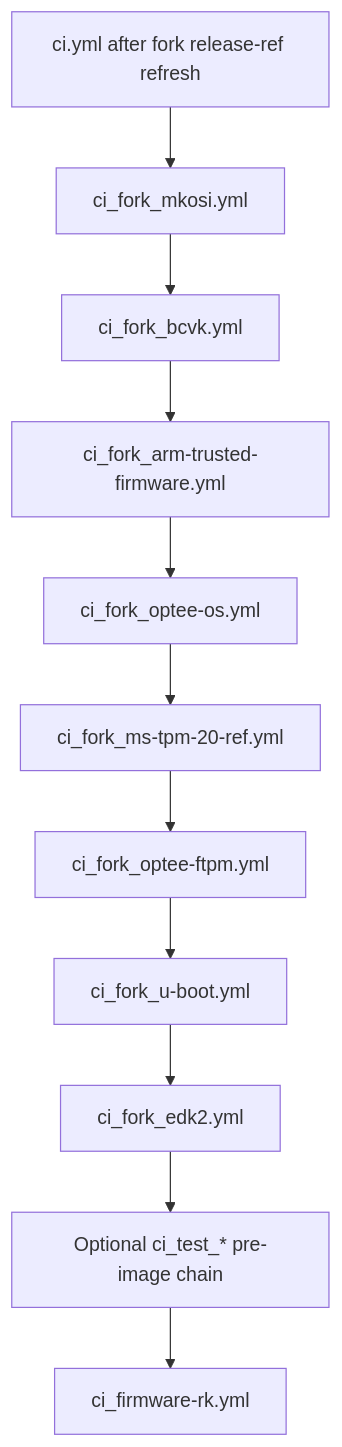
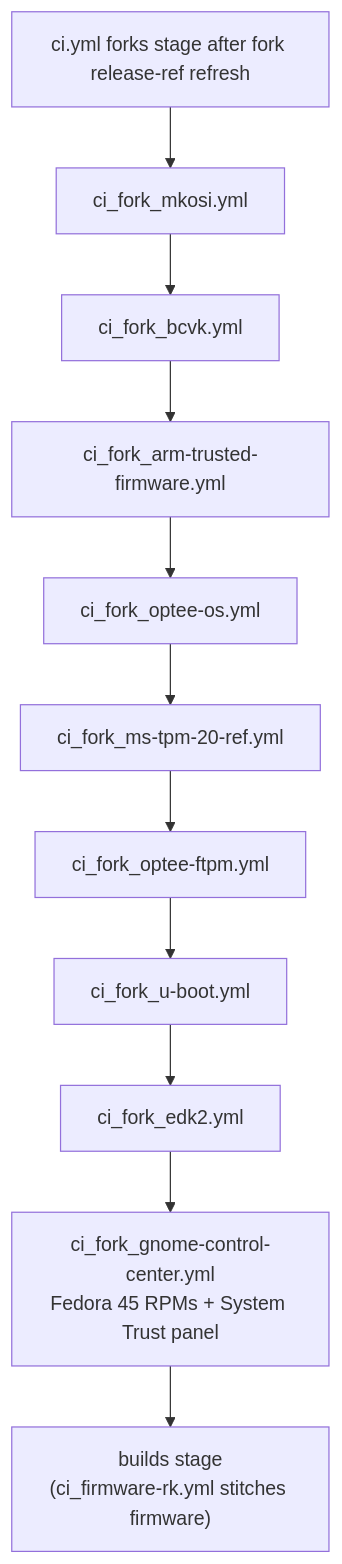
Before and after one commit to yubi-OS/yubiOS: the tenth of 13 diagrams in docs/CI_MAP.md, drawn with Mermaid. The commit also changed other lines of this file, not shown here.

Commit message:
docs(ci): refresh CI_MAP.md for 44-file census, 7-stage flash lane, and live ci-launchpad schema sync

````diff
--- a/docs/CI_MAP.md
+++ b/docs/CI_MAP.md
@@ -457,16 +719,16 @@
 ```mermaid
 flowchart TD
-    start["ci.yml after fork release-ref refresh"]
+    start["ci.yml forks stage after fork release-ref refresh"]
     mkosi["ci_fork_mkosi.yml"]
     bcvk["ci_fork_bcvk.yml"]
     tfa["ci_fork_arm-trusted-firmware.yml"]
     optee["ci_fork_optee-os.yml"]
     ms["ci_fork_ms-tpm-20-ref.yml"]
     ftpm["ci_fork_optee-ftpm.yml"]
     uboot["ci_fork_u-boot.yml"]
     edk2["ci_fork_edk2.yml"]
-    tests["Optional ci_test_* pre-image chain"]
-    firmware["ci_firmware-rk.yml"]
+    gcc["ci_fork_gnome-control-center.yml\nFedora 45 RPMs + System Trust panel"]
+    builds["builds stage\n(ci_firmware-rk.yml stitches firmware)"]
 
-    start --> mkosi --> bcvk --> tfa --> optee --> ms --> ftpm --> uboot --> edk2 --> tests --> firmware
+    start --> mkosi --> bcvk --> tfa --> optee --> ms --> ftpm --> uboot --> edk2 --> gcc --> builds
 ```
````
